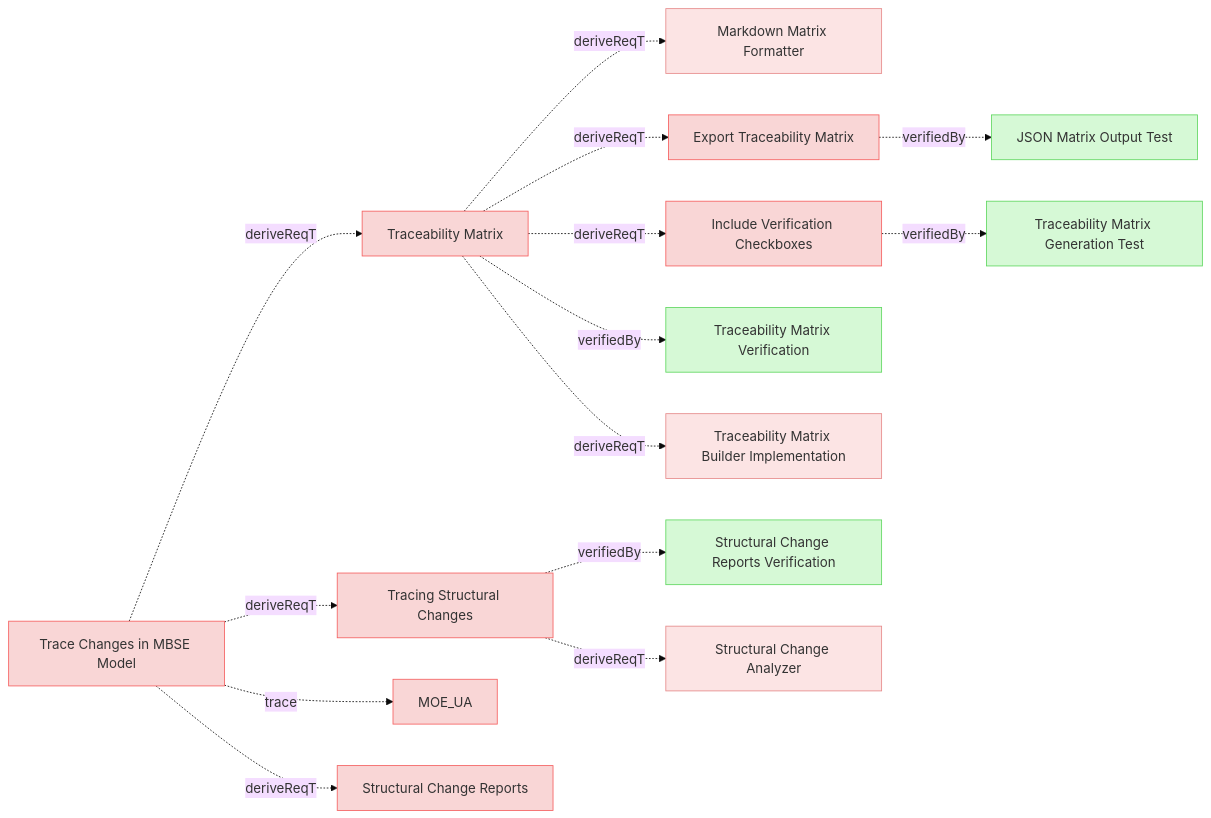
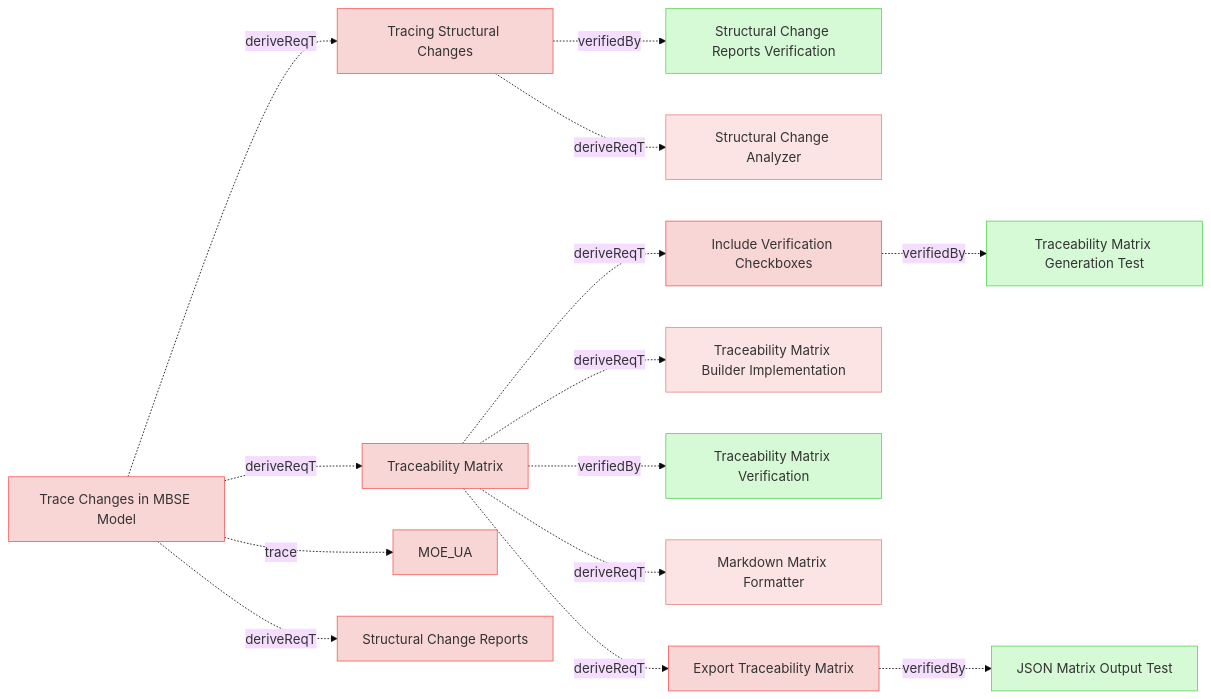
Before and after one commit to reqvire-org/reqvire: the sixth of 9 diagrams in specifications/UserRequirements.md, drawn with Mermaid (base theme). The commit also changed other lines of this file and 26 other files, not shown here.

````diff
--- a/specifications/UserRequirements.md
+++ b/specifications/UserRequirements.md
@@ -814,65 +818,65 @@
 ```mermaid
 graph LR;
   %% REQVIRE-AUTOGENERATED-DIAGRAM
   %% Graph styling
   classDef userRequirement fill:#f9d6d6,stroke:#f55f5f,stroke-width:1px;
   classDef systemRequirement fill:#fce4e4,stroke:#e68a8a,stroke-width:1px;
   classDef verification fill:#d6f9d6,stroke:#5fd75f,stroke-width:1px;
   classDef default fill:#f5f5f5,stroke:#333333,stroke-width:1px;
 
-  4e30ea0930dc9c26["Traceability Matrix"];
-  class 4e30ea0930dc9c26 userRequirement;
-  click 4e30ea0930dc9c26 "UserRequirements.md#traceability-matrix";
-  1b7491b67a792bc9["Markdown Matrix Formatter"];
-  class 1b7491b67a792bc9 systemRequirement;
-  click 1b7491b67a792bc9 "SystemRequirements/Requirements.md#markdown-matrix-formatter";
-  4e30ea0930dc9c26 -.->|deriveReqT| 1b7491b67a792bc9;
-  7de9a55d6102af23["Export Traceability Matrix"];
-  class 7de9a55d6102af23 userRequirement;
-  click 7de9a55d6102af23 "UserRequirements.md#export-traceability-matrix";
-  4e30ea0930dc9c26 -.->|deriveReqT| 7de9a55d6102af23;
-  6d32b919c82784b7["Include Verification Checkboxes"];
-  class 6d32b919c82784b7 userRequirement;
-  click 6d32b919c82784b7 "UserRequirements.md#include-verification-checkboxes";
-  4e30ea0930dc9c26 -.->|deriveReqT| 6d32b919c82784b7;
-  11c3285e74c8d60b["Traceability Matrix Verification"];
-  class 11c3285e74c8d60b verification;
-  click 11c3285e74c8d60b "Verifications/ChangeImpactTests.md#traceability-matrix-verification";
-  4e30ea0930dc9c26 -.->|verifiedBy| 11c3285e74c8d60b;
-  b55d8517cd3e58["Traceability Matrix Builder Implementation"];
-  class b55d8517cd3e58 systemRequirement;
-  click b55d8517cd3e58 "SystemRequirements/Requirements.md#traceability-matrix-builder-implementation";
-  4e30ea0930dc9c26 -.->|deriveReqT| b55d8517cd3e58;
-  50c290277850dd17["JSON Matrix Output Test"];
-  class 50c290277850dd17 verification;
-  click 50c290277850dd17 "Verifications/TreacibilityMatrix.md#json-matrix-output-test";
-  7de9a55d6102af23 -.->|verifiedBy| 50c290277850dd17;
-  aa85c85e7c41d899["Traceability Matrix Generation Test"];
-  class aa85c85e7c41d899 verification;
-  click aa85c85e7c41d899 "Verifications/TreacibilityMatrix.md#traceability-matrix-generation-test";
-  6d32b919c82784b7 -.->|verifiedBy| aa85c85e7c41d899;
   d7b7b13a5b8d96e1["Tracing Structural Changes"];
   class d7b7b13a5b8d96e1 userRequirement;
   click d7b7b13a5b8d96e1 "UserRequirements.md#tracing-structural-changes";
   b0e8adb6596a35e7["Structural Change Reports Verification"];
   class b0e8adb6596a35e7 verification;
   click b0e8adb6596a35e7 "Verifications/ChangeImpactTests.md#structural-change-reports-verification";
   d7b7b13a5b8d96e1 -.->|verifiedBy| b0e8adb6596a35e7;
   d34d7e14d2a235a2["Structural Change Analyzer"];
   class d34d7e14d2a235a2 systemRequirement;
   click d34d7e14d2a235a2 "SystemRequirements/Requirements.md#structural-change-analyzer";
   d7b7b13a5b8d96e1 -.->|deriveReqT| d34d7e14d2a235a2;
+  6d32b919c82784b7["Include Verification Checkboxes"];
+  class 6d32b919c82784b7 userRequirement;
+  click 6d32b919c82784b7 "UserRequirements.md#include-verification-checkboxes";
+  aa85c85e7c41d899["Traceability Matrix Generation Test"];
+  class aa85c85e7c41d899 verification;
+  click aa85c85e7c41d899 "Verifications/TreacibilityMatrix.md#traceability-matrix-generation-test";
+  6d32b919c82784b7 -.->|verifiedBy| aa85c85e7c41d899;
+  4e30ea0930dc9c26["Traceability Matrix"];
+  class 4e30ea0930dc9c26 userRequirement;
+  click 4e30ea0930dc9c26 "UserRequirements.md#traceability-matrix";
+  b55d8517cd3e58["Traceability Matrix Builder Implementation"];
+  class b55d8517cd3e58 systemRequirement;
+  click b55d8517cd3e58 "SystemRequirements/Requirements.md#traceability-matrix-builder-implementation";
+  4e30ea0930dc9c26 -.->|deriveReqT| b55d8517cd3e58;
+  11c3285e74c8d60b["Traceability Matrix Verification"];
+  class 11c3285e74c8d60b verification;
+  click 11c3285e74c8d60b "Verifications/ChangeImpactTests.md#traceability-matrix-verification";
+  4e30ea0930dc9c26 -.->|verifiedBy| 11c3285e74c8d60b;
+  4e30ea0930dc9c26 -.->|deriveReqT| 6d32b919c82784b7;
+  1b7491b67a792bc9["Markdown Matrix Formatter"];
+  class 1b7491b67a792bc9 systemRequirement;
+  click 1b7491b67a792bc9 "SystemRequirements/Requirements.md#markdown-matrix-formatter";
+  4e30ea0930dc9c26 -.->|deriveReqT| 1b7491b67a792bc9;
+  7de9a55d6102af23["Export Traceability Matrix"];
+  class 7de9a55d6102af23 userRequirement;
+  click 7de9a55d6102af23 "UserRequirements.md#export-traceability-matrix";
+  4e30ea0930dc9c26 -.->|deriveReqT| 7de9a55d6102af23;
+  50c290277850dd17["JSON Matrix Output Test"];
+  class 50c290277850dd17 verification;
+  click 50c290277850dd17 "Verifications/TreacibilityMatrix.md#json-matrix-output-test";
+  7de9a55d6102af23 -.->|verifiedBy| 50c290277850dd17;
   5ef9c8ae19a9f55a["Trace Changes in MBSE Model"];
   class 5ef9c8ae19a9f55a userRequirement;
   click 5ef9c8ae19a9f55a "UserStories.md#trace-changes-in-mbse-model";
   2c5f30f14e792200["MOE_UA"];
   class 2c5f30f14e792200 userRequirement;
   click 2c5f30f14e792200 "MOEs.md#moe_ua";
   5ef9c8ae19a9f55a -.->|trace| 2c5f30f14e792200;
-  5ef9c8ae19a9f55a -.->|deriveReqT| 4e30ea0930dc9c26;
   1908501a80db5c46["Structural Change Reports"];
   class 1908501a80db5c46 userRequirement;
   click 1908501a80db5c46 "UserRequirements.md#structural-change-reports";
   5ef9c8ae19a9f55a -.->|deriveReqT| 1908501a80db5c46;
   5ef9c8ae19a9f55a -.->|deriveReqT| d7b7b13a5b8d96e1;
+  5ef9c8ae19a9f55a -.->|deriveReqT| 4e30ea0930dc9c26;
 ```
````
